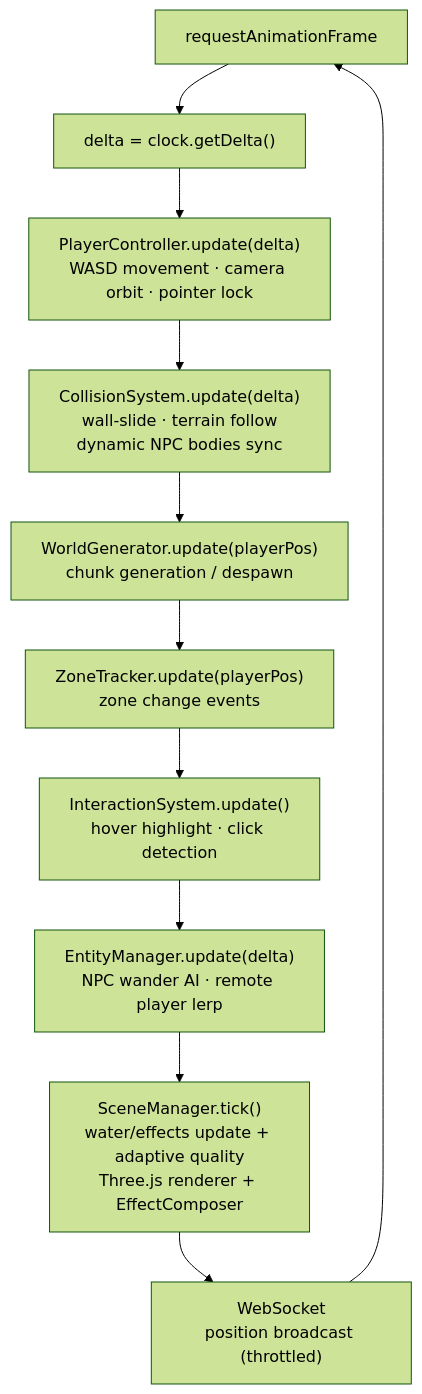
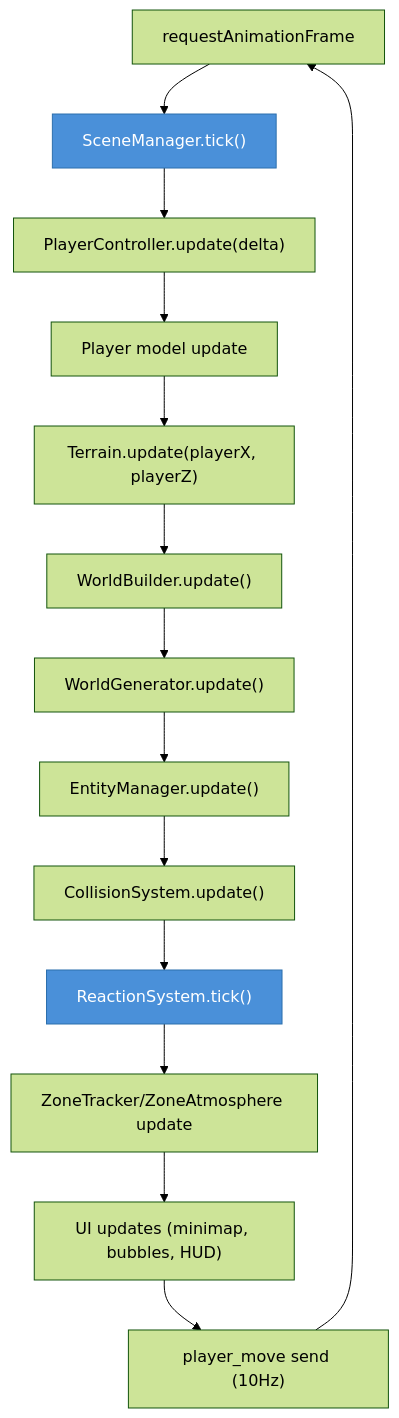
Before and after one commit to Zaexv/world-of-prompcraft: the third of 7 diagrams in client/ARCHITECTURE.md, drawn with Mermaid (forest theme). The commit also changed other lines of this file and 2 other files, not shown here.

Commit message:
docs(architecture): update client/server architecture docs

````diff
--- a/client/ARCHITECTURE.md
+++ b/client/ARCHITECTURE.md
@@ -109,15 +104,21 @@
 ```mermaid
 flowchart TD
     RAF["requestAnimationFrame"]
-    DT["delta = clock.getDelta()"]
-    PC["PlayerController.update(delta)\nWASD movement · camera orbit · pointer lock"]
-    COL["CollisionSystem.update(delta)\nwall-slide · terrain follow\ndynamic NPC bodies sync"]
-    WG["WorldGenerator.update(playerPos)\nchunk generation / despawn"]
-    ZT["ZoneTracker.update(playerPos)\nzone change events"]
-    IS["InteractionSystem.update()\nhover highlight · click detection"]
-    ENT["EntityManager.update(delta)\nNPC wander AI · remote player lerp"]
-    SC["SceneManager.tick()\nwater/effects update + adaptive quality\nThree.js renderer + EffectComposer"]
-    WS["WebSocket\nposition broadcast (throttled)"]
+    SC["SceneManager.tick()"]
+    PC["PlayerController.update(delta)"]
+    PL["Player model update"]
+    TR["Terrain.update(playerX, playerZ)"]
+    WB["WorldBuilder.update()"]
+    WG["WorldGenerator.update()"]
+    EM["EntityManager.update()"]
+    COL["CollisionSystem.update()"]
+    RE["ReactionSystem.tick()"]
+    ZS["ZoneTracker/ZoneAtmosphere update"]
+    UI["UI updates (minimap, bubbles, HUD)"]
+    NET["player_move send (10Hz)"]
 
-    RAF --> DT --> PC --> COL --> WG --> ZT --> IS --> ENT --> SC --> WS --> RAF
+    RAF --> SC --> PC --> PL --> TR --> WB --> WG --> EM --> COL --> RE --> ZS --> UI --> NET --> RAF
+
+    style SC fill:#4a90d9,color:#fff,stroke:#2c6fad
+    style RE fill:#4a90d9,color:#fff,stroke:#2c6fad
 ```
````
